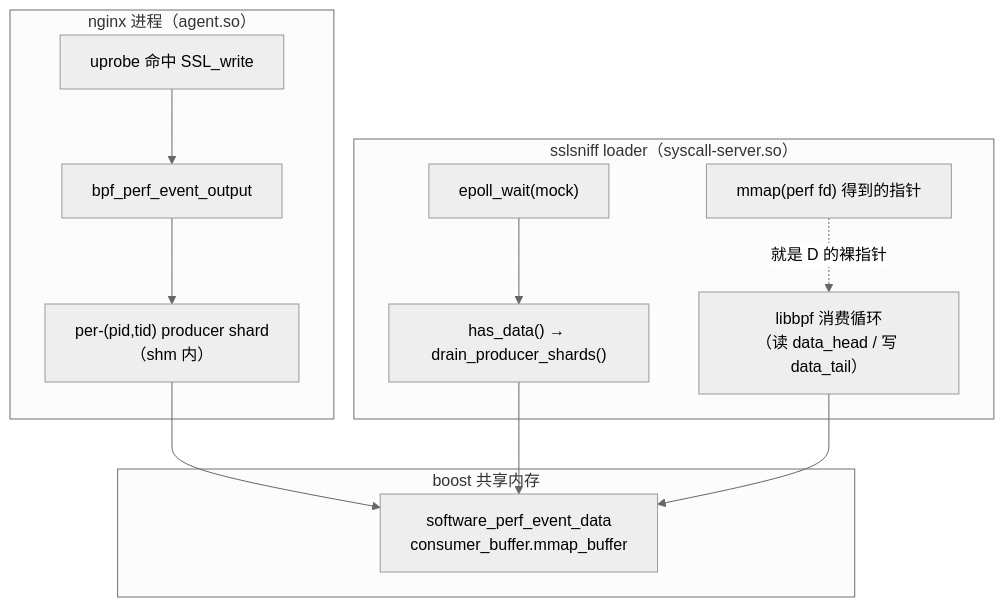
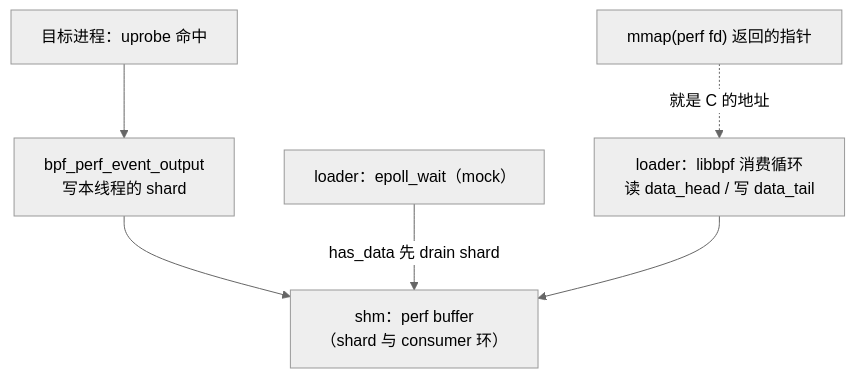
The second of 3 diagrams in 03-agent-syscall-server.md (plsy1/bpftime-benchmark), drawn with Mermaid (neutral theme) before and after one commit. The commit also changed other lines of this file and 10 other files, not shown here.

````diff
--- a/03-agent-syscall-server.md
+++ b/03-agent-syscall-server.md
@@ -490,16 +434,8 @@
 ```mermaid
 graph TD
-    subgraph nginx["nginx 进程（agent.so）"]
-        A[uprobe 命中 SSL_write] --> B[bpf_perf_event_output]
-        B --> C["per-(pid,tid) producer shard<br/>（shm 内）"]
-    end
-    subgraph shm["boost 共享内存"]
-        C --> D["software_perf_event_data<br/>consumer_buffer.mmap_buffer"]
-    end
-    subgraph loader["sslsniff loader（syscall-server.so）"]
-        E["epoll_wait(mock)"] --> F["has_data() → drain_producer_shards()"]
-        F --> D
-        G["libbpf 消费循环<br/>（读 data_head / 写 data_tail）"] --> D
-        H["mmap(perf fd) 得到的指针"] -.就是 D 的裸指针.-> G
-    end
+    A["目标进程：uprobe 命中"] --> B["bpf_perf_event_output<br/>写本线程的 shard"]
+    B --> C["shm：perf buffer<br/>（shard 与 consumer 环）"]
+    D["loader：epoll_wait（mock）"] -->|"has_data 先 drain shard"| C
+    E["loader：libbpf 消费循环<br/>读 data_head / 写 data_tail"] --> C
+    F["mmap(perf fd) 返回的指针"] -.->|"就是 C 的地址"| E
 ```
````
